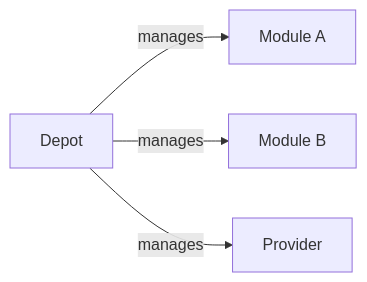
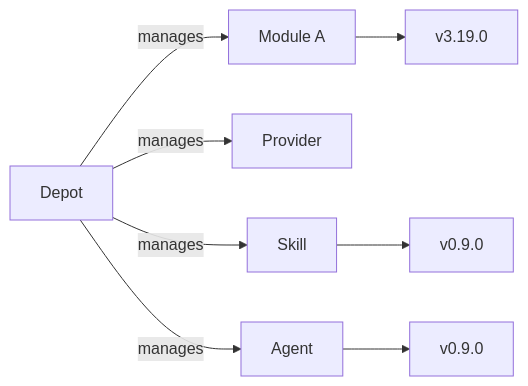
The diagram in docs/guides/registry-explorer/depots.md (tonedefdev/opendepot), drawn with Mermaid before and after one commit. The commit also changed other lines of this file and 57 other files, not shown here.

````diff
--- a/docs/guides/registry-explorer/depots.md
+++ b/docs/guides/registry-explorer/depots.md
@@ -16,6 +18,10 @@
 ```mermaid
 graph LR
   D[Depot] -->|manages| M1[Module A]
-  D -->|manages| M2[Module B]
   D -->|manages| P[Provider]
+  D -->|manages| S[Skill]
+  D -->|manages| A[Agent]
+  M1 --> V1[v3.19.0]
+  S --> SV[v0.9.0]
+  A --> AV[v0.9.0]
 ```
````
